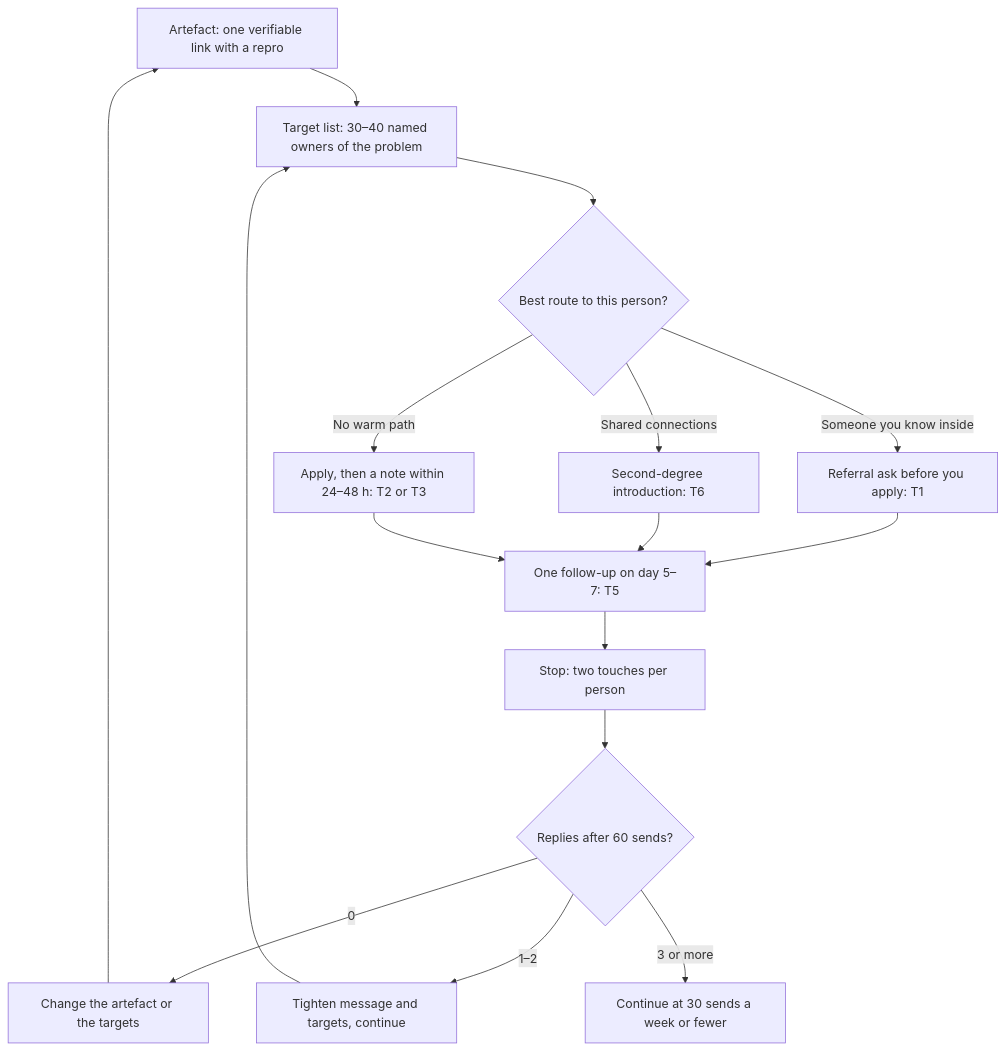
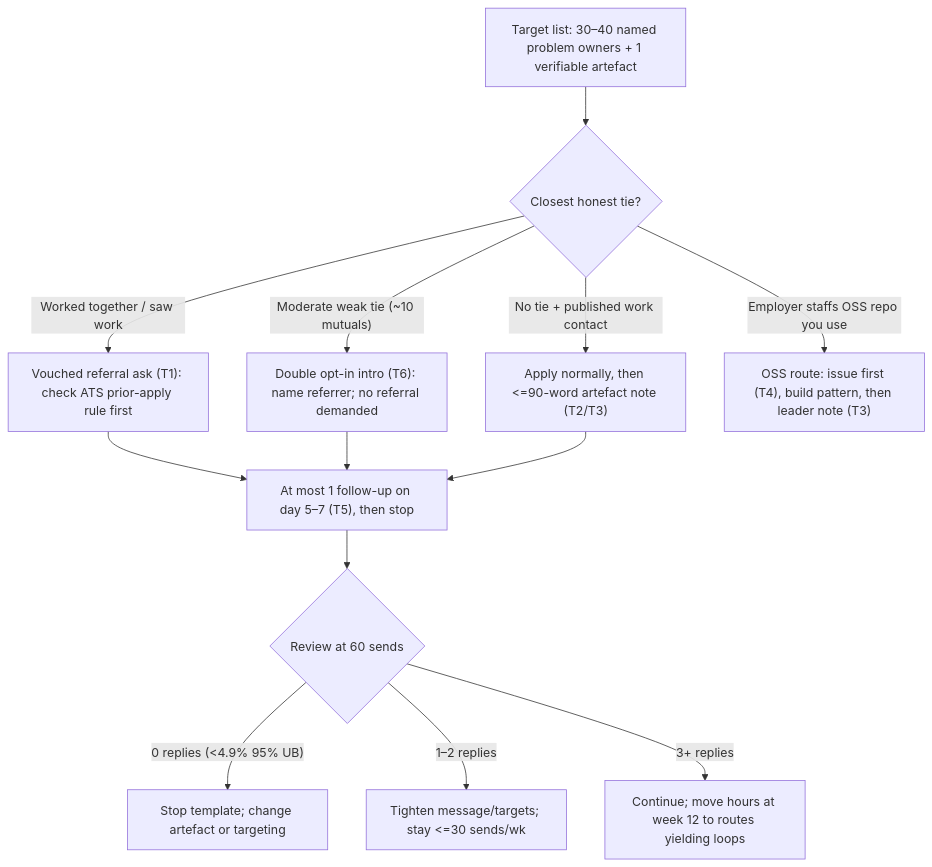
The diagram in career/07-networking/referrals-and-outreach.md (bhaskarjha-dev/genai-career), drawn with Mermaid before and after one commit. The commit also changed other lines of this file and 5 other files, not shown here.

````diff
--- a/career/07-networking/referrals-and-outreach.md
+++ b/career/07-networking/referrals-and-outreach.md
@@ -33,18 +33,15 @@
 ```mermaid
 flowchart TD
-    A["Artefact: one verifiable link with a repro"] --> B["Target list: 30–40 named owners of the problem"]
-    B --> C{"Best route to this person?"}
-    C -->|"Someone you know inside"| D["Referral ask before you apply: T1"]
-    C -->|"Shared connections"| E["Second-degree introduction: T6"]
-    C -->|"No warm path"| F["Apply, then a note within 24–48 h: T2 or T3"]
-    D --> G["One follow-up on day 5–7: T5"]
+    A["Target list: 30–40 named problem owners + 1 verifiable artefact"] --> B{"Closest honest tie?"}
+    B -->|"Worked together / saw work"| C["Vouched referral ask (T1): check ATS prior-apply rule first"]
+    B -->|"Moderate weak tie (~10 mutuals)"| D["Double opt-in intro (T6): name referrer; no referral demanded"]
+    B -->|"No tie + published work contact"| E["Apply normally, then <=90-word artefact note (T2/T3)"]
+    B -->|"Employer staffs OSS repo you use"| F["OSS route: issue first (T4), build pattern, then leader note (T3)"]
+    C --> G["At most 1 follow-up on day 5–7 (T5), then stop"]
+    D --> G
     E --> G
-    F --> G
-    G --> H["Stop: two touches per person"]
-    H --> I{"Replies after 60 sends?"}
-    I -->|"0"| J["Change the artefact or the targets"]
-    I -->|"1–2"| K["Tighten message and targets, continue"]
-    I -->|"3 or more"| L["Continue at 30 sends a week or fewer"]
-    J --> A
-    K --> B
+    G --> H{"Review at 60 sends"}
+    H -->|"0 replies (<4.9% 95% UB)"| I["Stop template; change artefact or targeting"]
+    H -->|"1–2 replies"| J["Tighten message/targets; stay <=30 sends/wk"]
+    H -->|"3+ replies"| K["Continue; move hours at week 12 to routes yielding loops"]
 ```
````
